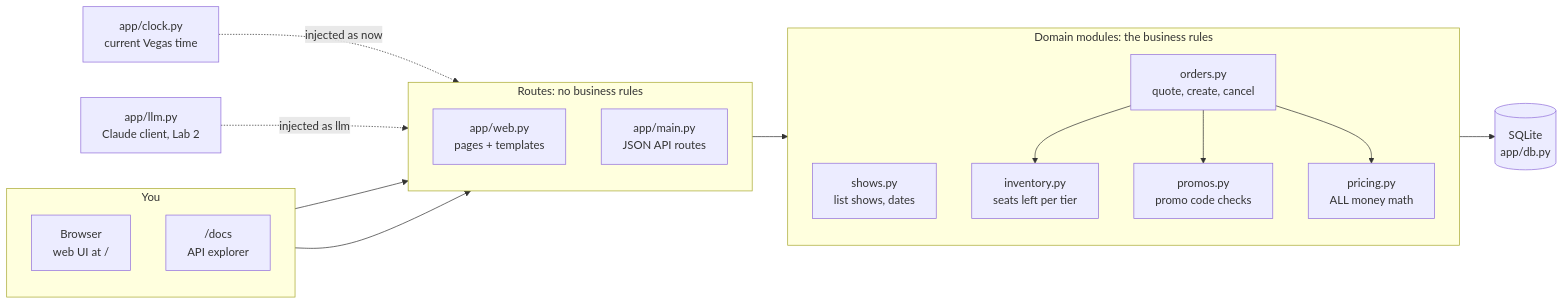
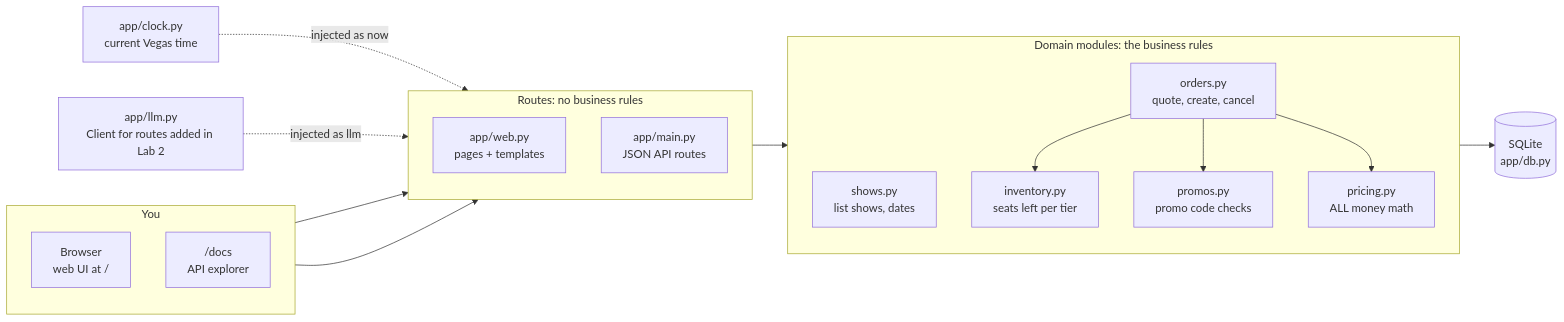
The diagram in docs/diagrams/1-request-flow.mmd (domroselli/showtix), drawn with Mermaid before and after one commit. The commit also changed 12 other files, not shown here.

```diff
--- a/docs/diagrams/1-request-flow.mmd
+++ b/docs/diagrams/1-request-flow.mmd
@@ -1,35 +1,35 @@
 flowchart LR
   subgraph You["You"]
     direction TB
     B["Browser<br/>web UI at /"]
     D["/docs<br/>API explorer"]
   end
 
   subgraph Routes["Routes: no business rules"]
     direction TB
     W["app/web.py<br/>pages + templates"]
     M["app/main.py<br/>JSON API routes"]
   end
 
   subgraph Domain["Domain modules: the business rules"]
     direction TB
     S["shows.py<br/>list shows, dates"]
     O["orders.py<br/>quote, create, cancel"]
     I["inventory.py<br/>seats left per tier"]
     P["promos.py<br/>promo code checks"]
     PR["pricing.py<br/>ALL money math"]
   end
 
   DB[("SQLite<br/>app/db.py")]
   C["app/clock.py<br/>current Vegas time"]
-  L["app/llm.py<br/>Claude client, Lab 2"]
+  L["app/llm.py<br/>Client for routes added in Lab 2"]
 
   B --> W
   D --> M
   Routes --> Domain
   O --> I
   O --> P
   O --> PR
   Domain --> DB
   C -. "injected as now" .-> Routes
   L -. "injected as llm" .-> Routes
```
